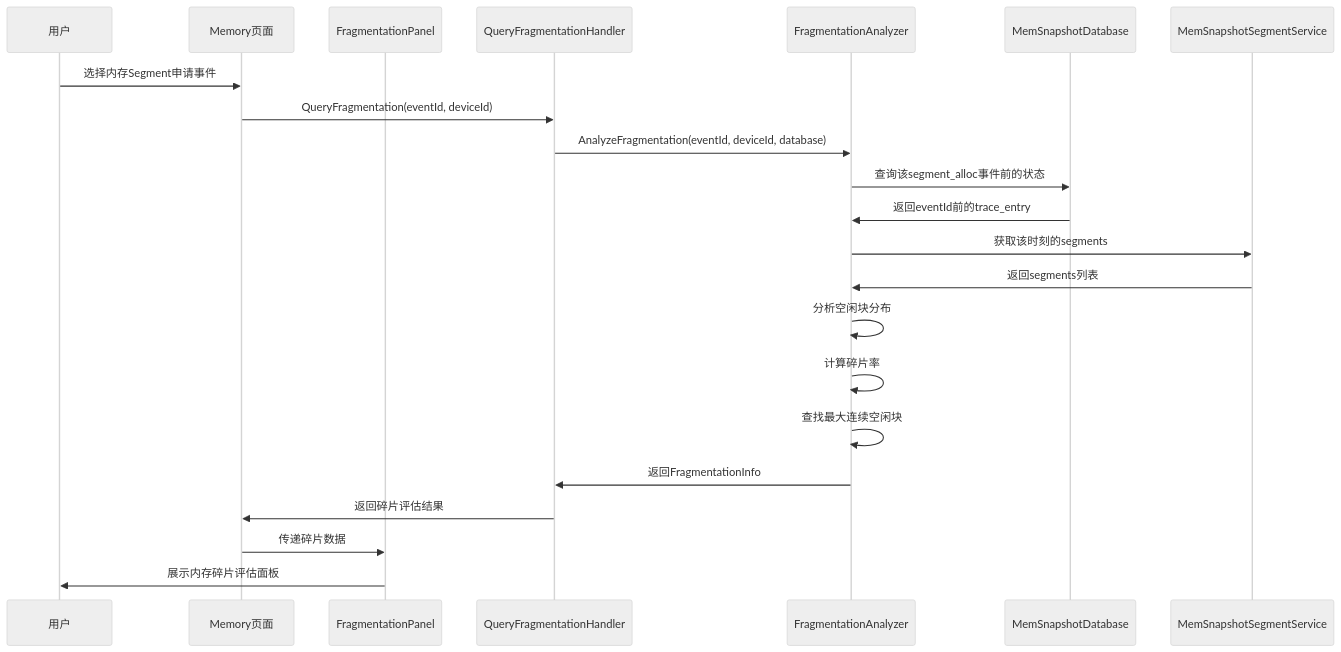
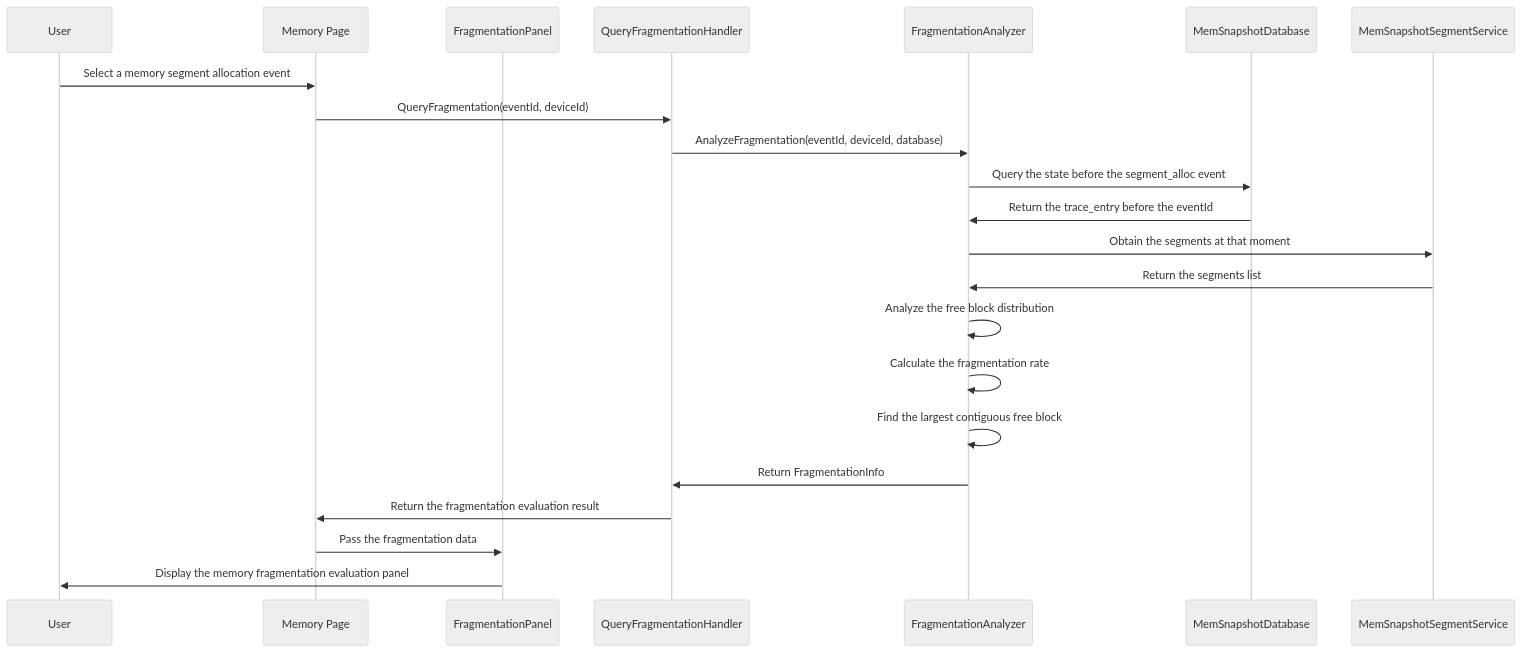
The eighth of 8 diagrams in docs/en/development_guide/design/support_snapshot_analysis.md (Ascend/msinsight), drawn with Mermaid (neutral theme) before and after one commit. The commit also changed other lines of this file and 323 other files, not shown here.

````diff
--- a/docs/en/development_guide/design/support_snapshot_analysis.md
+++ b/docs/en/development_guide/design/support_snapshot_analysis.md
@@ -462,25 +418,25 @@
 ```mermaid
 sequenceDiagram
-    participant User as 用户
-    participant MemoryPage as Memory页面
+    participant User as User
+    participant MemoryPage as Memory Page
     participant FragPanel as FragmentationPanel
     participant FragHandler as QueryFragmentationHandler
     participant FragAnalyzer as FragmentationAnalyzer
     participant Database as MemSnapshotDatabase
     participant SegmentService as MemSnapshotSegmentService
 
-    User->>MemoryPage: 选择内存Segment申请事件
+    User->>MemoryPage: Select a memory segment allocation event
     MemoryPage->>FragHandler: QueryFragmentation(eventId, deviceId)
     FragHandler->>FragAnalyzer: AnalyzeFragmentation(eventId, deviceId, database)
-    FragAnalyzer->>Database: 查询该segment_alloc事件前的状态
-    Database->>FragAnalyzer: 返回eventId前的trace_entry
-    FragAnalyzer->>SegmentService: 获取该时刻的segments
-    SegmentService->>FragAnalyzer: 返回segments列表
-    FragAnalyzer->>FragAnalyzer: 分析空闲块分布
-    FragAnalyzer->>FragAnalyzer: 计算碎片率
-    FragAnalyzer->>FragAnalyzer: 查找最大连续空闲块
-    FragAnalyzer->>FragHandler: 返回FragmentationInfo
-    FragHandler->>MemoryPage: 返回碎片评估结果
-    MemoryPage->>FragPanel: 传递碎片数据
-    FragPanel->>User: 展示内存碎片评估面板
+    FragAnalyzer->>Database: Query the state before the segment_alloc event
+    Database->>FragAnalyzer: Return the trace_entry before the eventId
+    FragAnalyzer->>SegmentService: Obtain the segments at that moment
+    SegmentService->>FragAnalyzer: Return the segments list
+    FragAnalyzer->>FragAnalyzer: Analyze the free block distribution
+    FragAnalyzer->>FragAnalyzer: Calculate the fragmentation rate
+    FragAnalyzer->>FragAnalyzer: Find the largest contiguous free block
+    FragAnalyzer->>FragHandler: Return FragmentationInfo
+    FragHandler->>MemoryPage: Return the fragmentation evaluation result
+    MemoryPage->>FragPanel: Pass the fragmentation data
+    FragPanel->>User: Display the memory fragmentation evaluation panel
 ```
````
